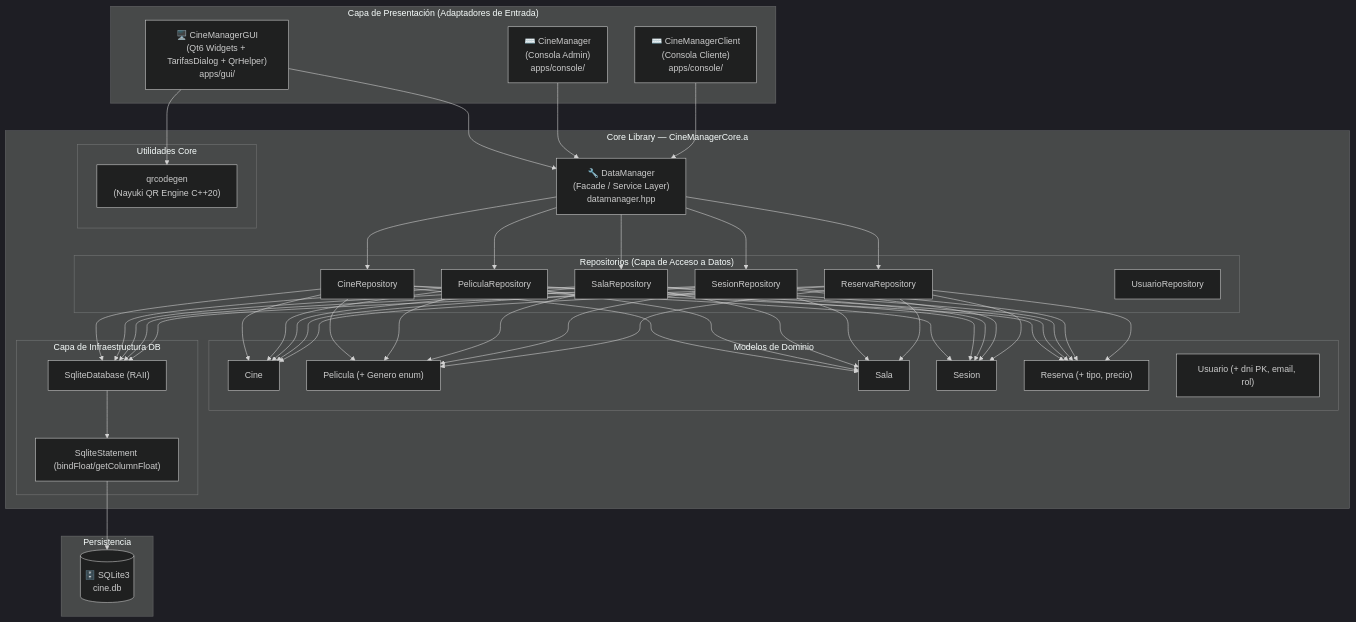
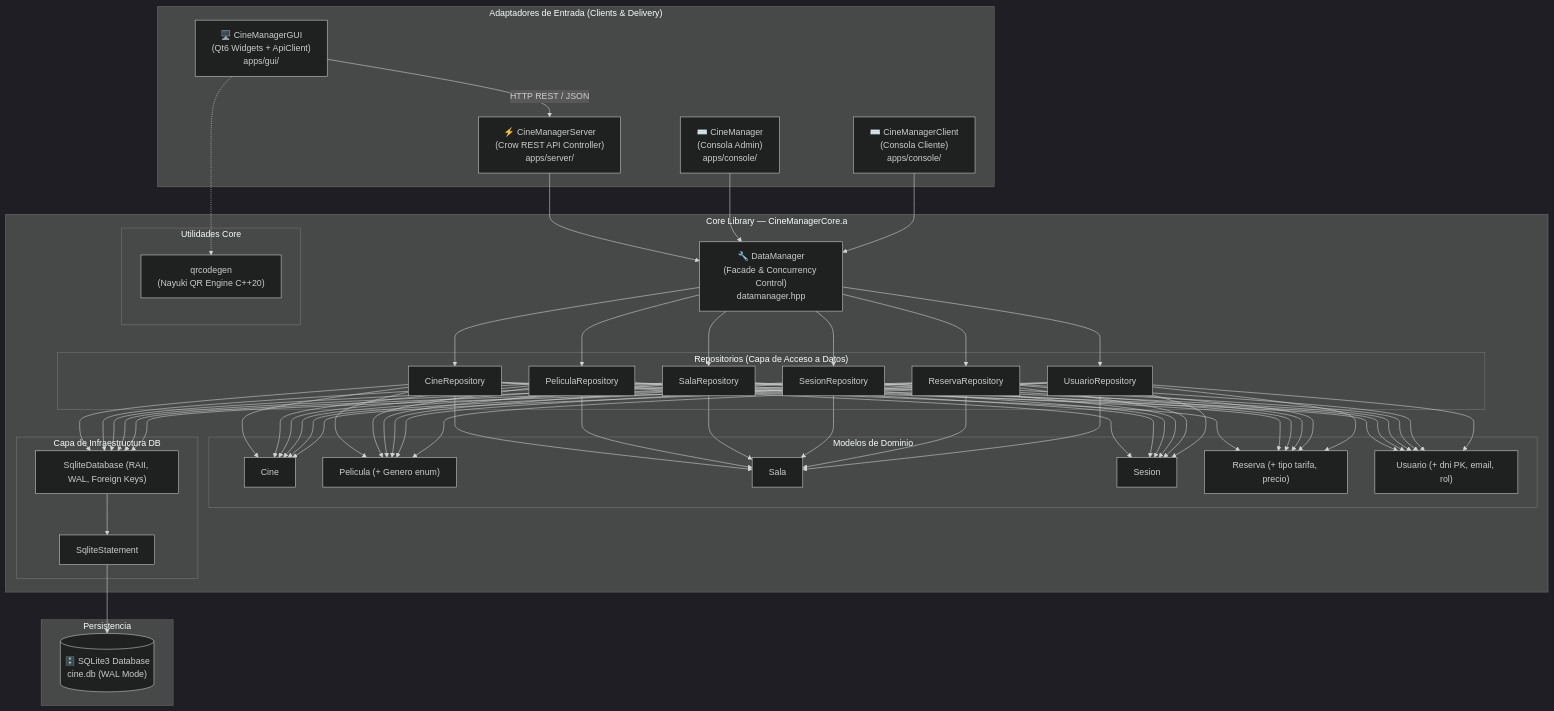
The diagram in docs/dev_documentation.md (jorgebd21/CineManager), drawn with Mermaid (dark theme) before and after one commit. The commit also changed other lines of this file, not shown here.

First line of the commit message:
docs: finalize architecture documentation and resolve all technical debt

````diff
--- a/docs/dev_documentation.md
+++ b/docs/dev_documentation.md
@@ -28,54 +28,56 @@
 ```mermaid
 graph TB
-    subgraph "Capa de Presentación (Adaptadores de Entrada)"
-        GUI["🖥️ CineManagerGUI<br/>(Qt6 Widgets + TarifasDialog + QrHelper)<br/>apps/gui/"]
-        ADMIN["⌨️ CineManager<br/>(Consola Admin)<br/>apps/console/"]
-        CLIENT["⌨️ CineManagerClient<br/>(Consola Cliente)<br/>apps/console/"]
+    subgraph "Adaptadores de Entrada (Clients & Delivery)"
+        GUI["🖥️ CineManagerGUI<br/>(Qt6 Widgets + ApiClient)<br/>apps/gui/"]
+        SERVER["⚡ CineManagerServer<br/>(Crow REST API Controller)<br/>apps/server/"]
+        CLI_A["⌨️ CineManager<br/>(Consola Admin)<br/>apps/console/"]
+        CLI_C["⌨️ CineManagerClient<br/>(Consola Cliente)<br/>apps/console/"]
     end
 
     subgraph "Core Library — CineManagerCore.a"
-        DM["🔧 DataManager<br/>(Facade / Service Layer)<br/>datamanager.hpp"]
+        DM["🔧 DataManager<br/>(Facade & Concurrency Control)<br/>datamanager.hpp"]
 
         subgraph "Repositorios (Capa de Acceso a Datos)"
             CR["CineRepository"]
             PR["PeliculaRepository"]
             SR["SalaRepository"]
             SER["SesionRepository"]
             RR["ReservaRepository"]
             UR["UsuarioRepository"]
         end
 
         subgraph "Utilidades Core"
             QR["qrcodegen<br/>(Nayuki QR Engine C++20)"]
         end
 
         subgraph "Modelos de Dominio"
             M1["Cine"]
             M2["Pelicula (+ Genero enum)"]
             M3["Sala"]
             M4["Sesion"]
-            M5["Reserva (+ tipo, precio)"]
+            M5["Reserva (+ tipo tarifa, precio)"]
             M6["Usuario (+ dni PK, email, rol)"]
         end
 
         subgraph "Capa de Infraestructura DB"
-            DB["SqliteDatabase (RAII)"]
-            STMT["SqliteStatement (bindFloat/getColumnFloat)"]
+            DB["SqliteDatabase (RAII, WAL, Foreign Keys)"]
+            STMT["SqliteStatement"]
         end
     end
 
     subgraph "Persistencia"
-        SQLITE[("🗄️ SQLite3<br/>cine.db")]
+        SQLITE[("🗄️ SQLite3 Database<br/>cine.db (WAL Mode)")]
     end
 
-    GUI --> DM
-    GUI --> QR
-    ADMIN --> DM
-    CLIENT --> DM
+    GUI -->|HTTP REST / JSON| SERVER
+    SERVER --> DM
+    CLI_A --> DM
+    CLI_C --> DM
+    GUI -.-> QR
 
-    DM --> CR & PR & SR & SER & RR
-    CR & PR & SR & SER & RR --> DB
-    CR & PR & SR & SER & RR --> M1 & M2 & M3 & M4 & M5
+    DM --> CR & PR & SR & SER & RR & UR
+    CR & PR & SR & SER & RR & UR --> DB
+    CR & PR & SR & SER & RR & UR --> M1 & M2 & M3 & M4 & M5 & M6
     DB --> STMT
     STMT --> SQLITE
 ```
````
